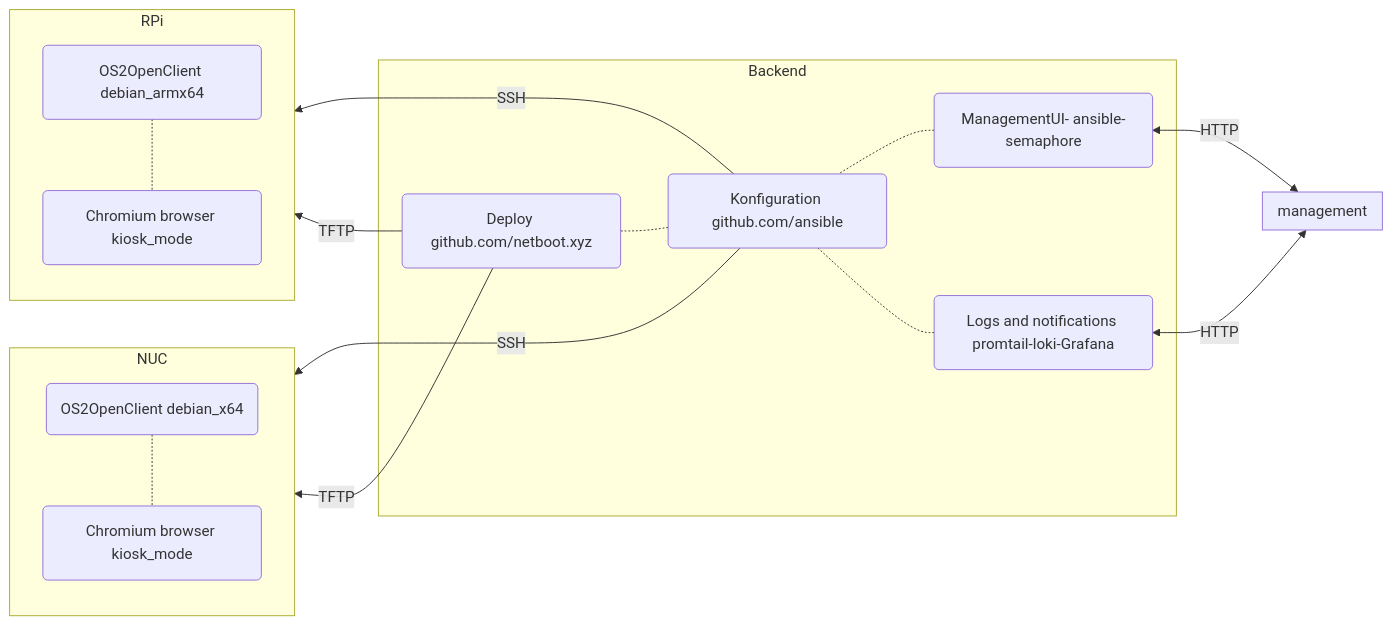
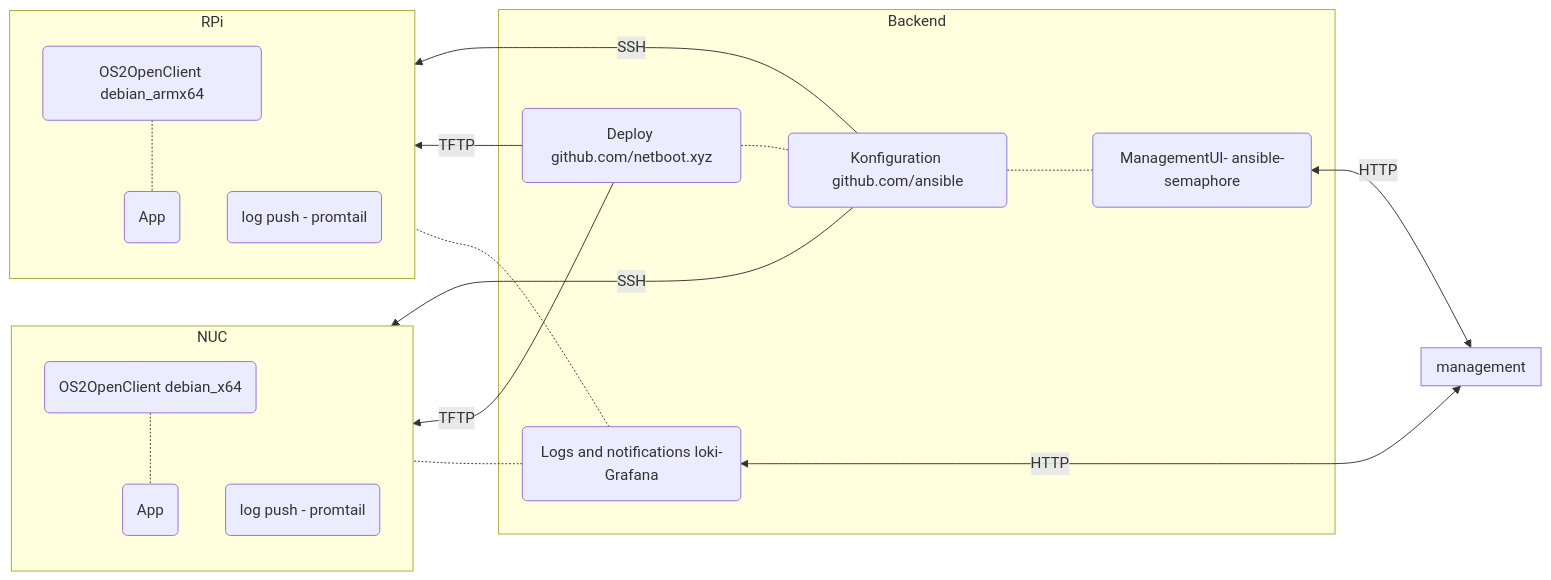
One commit to OS2sandbox/sandbox-openclient changed the diagram in README.md. Above: the diagram before and after it, drawn with Mermaid.

````diff
--- a/README.md
+++ b/README.md
@@ -17,33 +17,35 @@
 ```mermaid
 
 graph RL
 
 subgraph management
 end
 
 subgraph NUC
 debarm(OS2OpenClient debian_x64)-.-
-app2(Chromium browser kiosk_mode)
+app2(App)
+promtail1(log push - promtail)
 end
 
 
 subgraph RPi
 debx64(OS2OpenClient debian_armx64)-.-
-app1(Chromium browser kiosk_mode)
+app1(App)
+promtail2(log push - promtail)
 end
 
 subgraph Backend
-logengine(Logs and notifications promtail-loki-Grafana)
+logengine(Logs and notifications loki-Grafana);
 configman(Konfiguration github.com/ansible);
 netboot(Deploy github.com/netboot.xyz);
 semaphore(ManagementUI- ansible-semaphore);
 end
 
 configman-.-netboot
 management<--HTTP-->semaphore & logengine
 configman--SSH-->RPi & NUC
 netboot--TFTP-->RPi & NUC
-semaphore & logengine-.-configman
-
+semaphore-.-configman
+logengine-.-RPi & NUC
 
 ```
````
